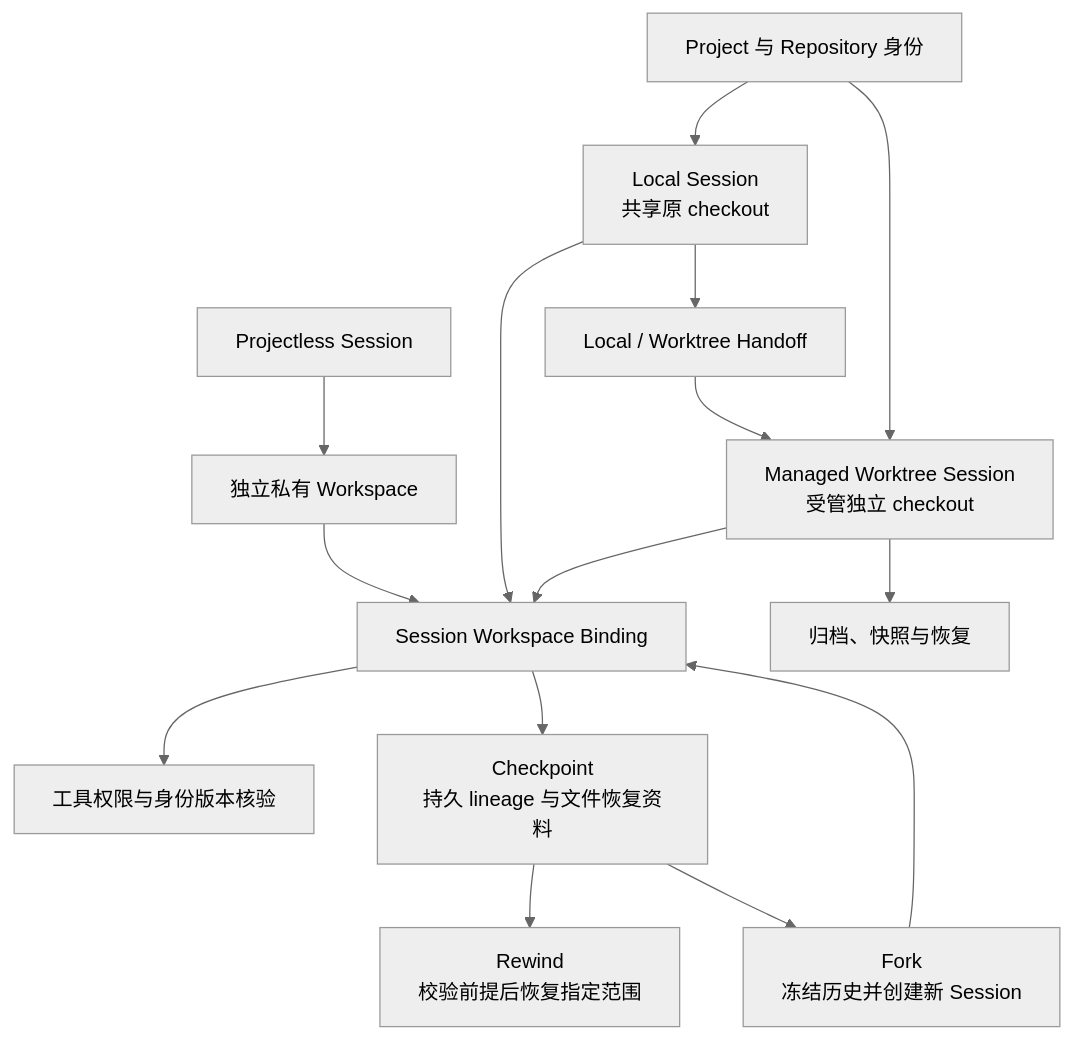
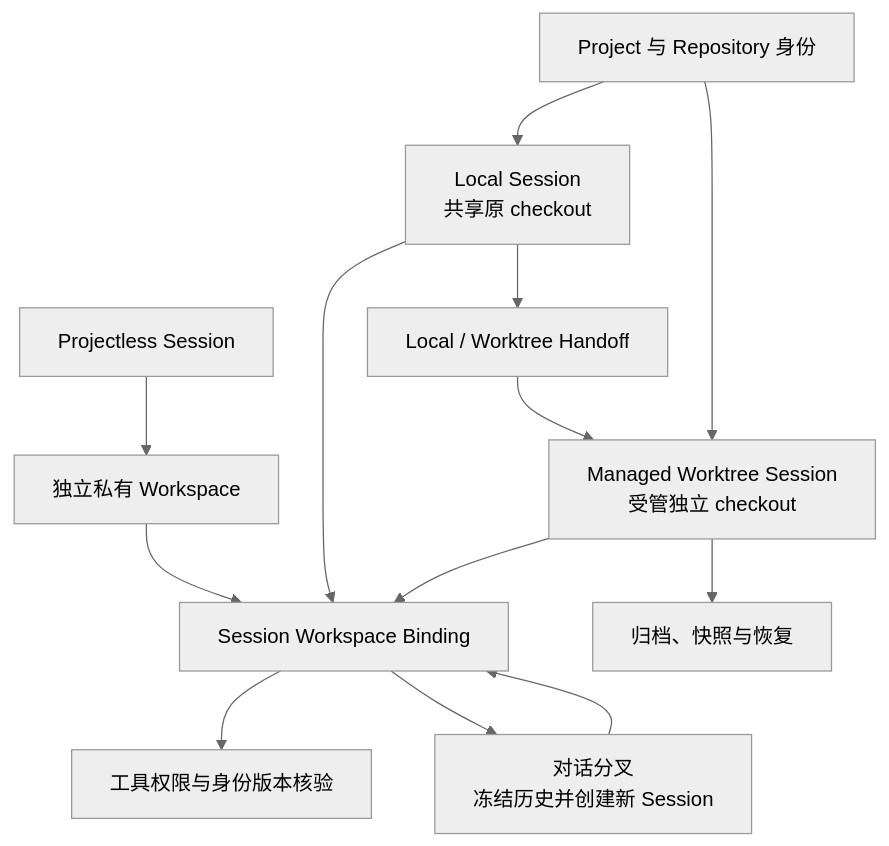
One commit to idy534/Eidos changed the diagram in docs/architecture/diagrams/16-workspace.mmd. Above: the diagram before and after it, drawn with Mermaid (neutral theme). The commit also changed 18 other files, not shown here.

```diff
--- a/docs/architecture/diagrams/16-workspace.mmd
+++ b/docs/architecture/diagrams/16-workspace.mmd
@@ -1,15 +1,13 @@
 flowchart TB
   project[Project 与 Repository 身份] --> local[Local Session<br/>共享原 checkout]
   project --> worktree[Managed Worktree Session<br/>受管独立 checkout]
   projectless[Projectless Session] --> private[独立私有 Workspace]
   local --> binding[Session Workspace Binding]
   worktree --> binding
   private --> binding
   binding --> tools[工具权限与身份版本核验]
-  binding --> checkpoint[Checkpoint<br/>持久 lineage 与文件恢复资料]
-  checkpoint --> rewind[Rewind<br/>校验前提后恢复指定范围]
-  checkpoint --> fork[Fork<br/>冻结历史并创建新 Session]
+  binding --> fork[对话分叉<br/>冻结历史并创建新 Session]
   local --> handoff[Local / Worktree Handoff]
   handoff --> worktree
   worktree --> archive[归档、快照与恢复]
   fork --> binding
```
